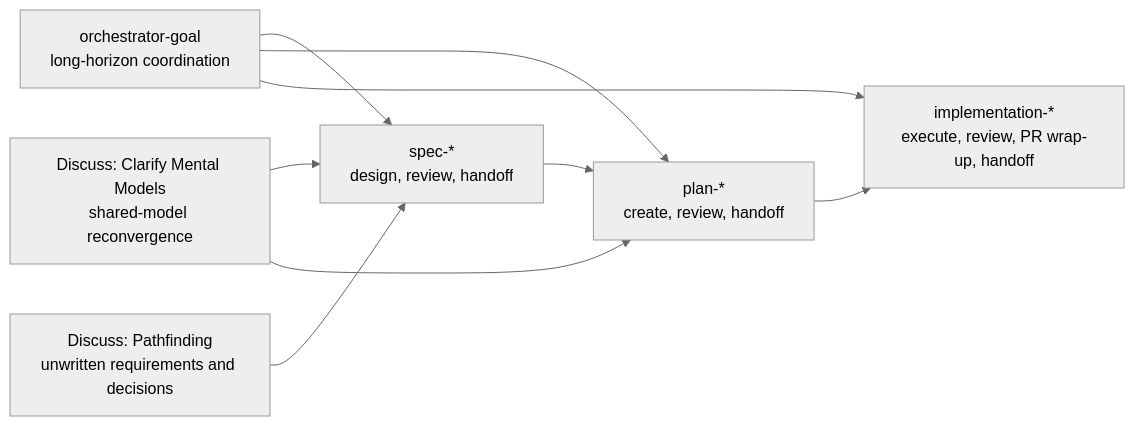
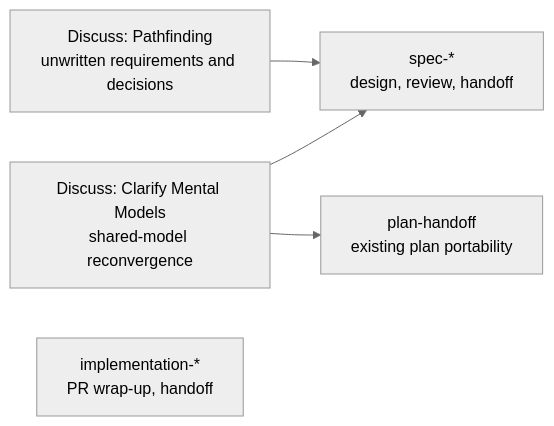
One commit to ShravanSunder/ai-tools changed the diagram in README.md. Above: the diagram before and after it, drawn with Mermaid (neutral theme). The commit also changed 112 other files, not shown here.

````diff
--- a/README.md
+++ b/README.md
@@ -42,19 +42,12 @@
 ```mermaid
 flowchart LR
     pathfinding["Discuss: Pathfinding<br/>unwritten requirements and decisions"]
     clarify["Discuss: Clarify Mental Models<br/>shared-model reconvergence"]
-    goal["orchestrator-goal<br/>long-horizon coordination"]
-
     spec["spec-*<br/>design, review, handoff"]
-    plan["plan-*<br/>create, review, handoff"]
-    impl["implementation-*<br/>execute, review, PR wrap-up, handoff"]
+    plan["plan-handoff<br/>existing plan portability"]
+    impl["implementation-*<br/>PR wrap-up, handoff"]
 
     pathfinding --> spec
     clarify --> spec
     clarify --> plan
-    goal --> spec
-    goal --> plan
-    goal --> impl
-    spec --> plan
-    plan --> impl
 ```
````
